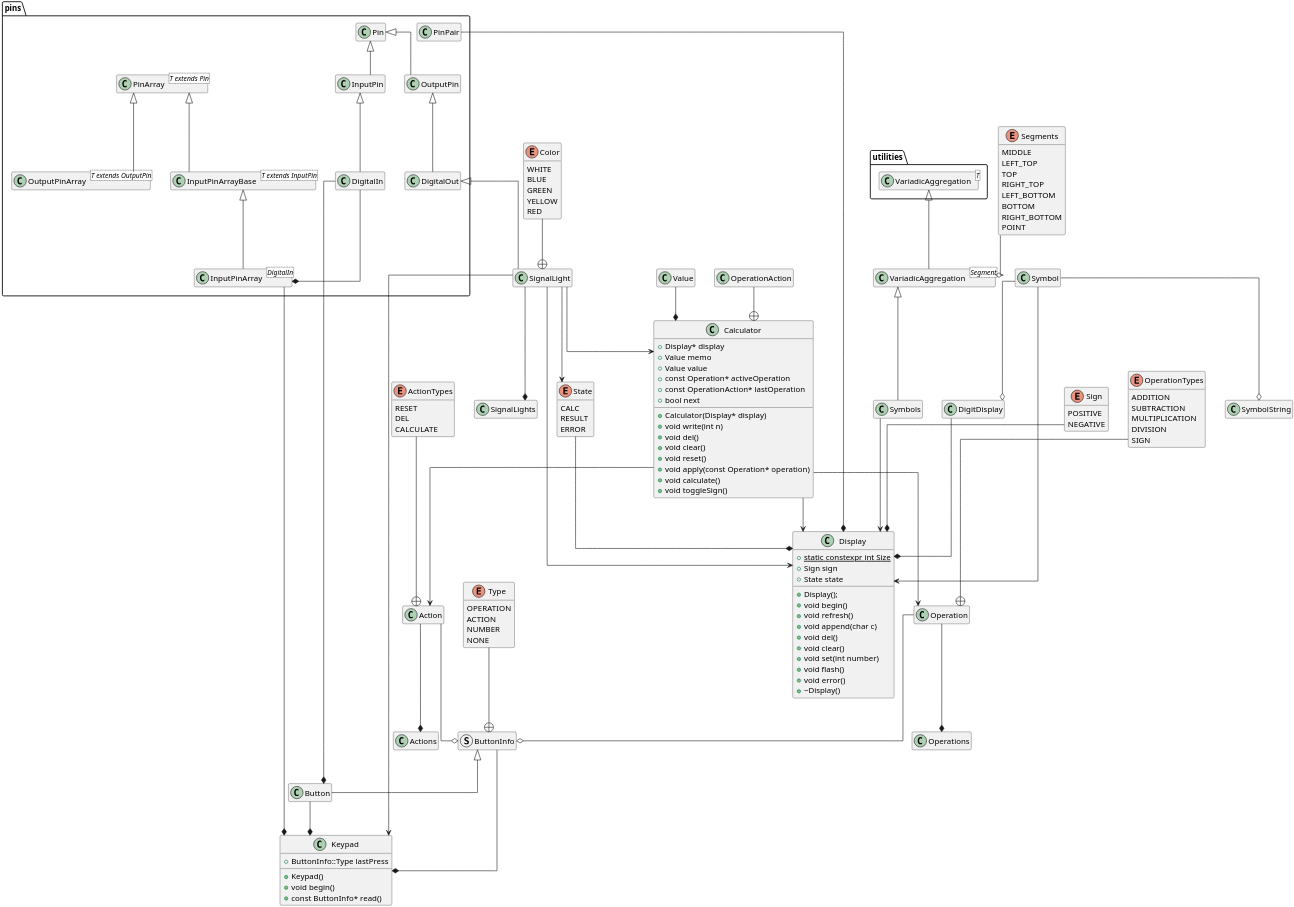
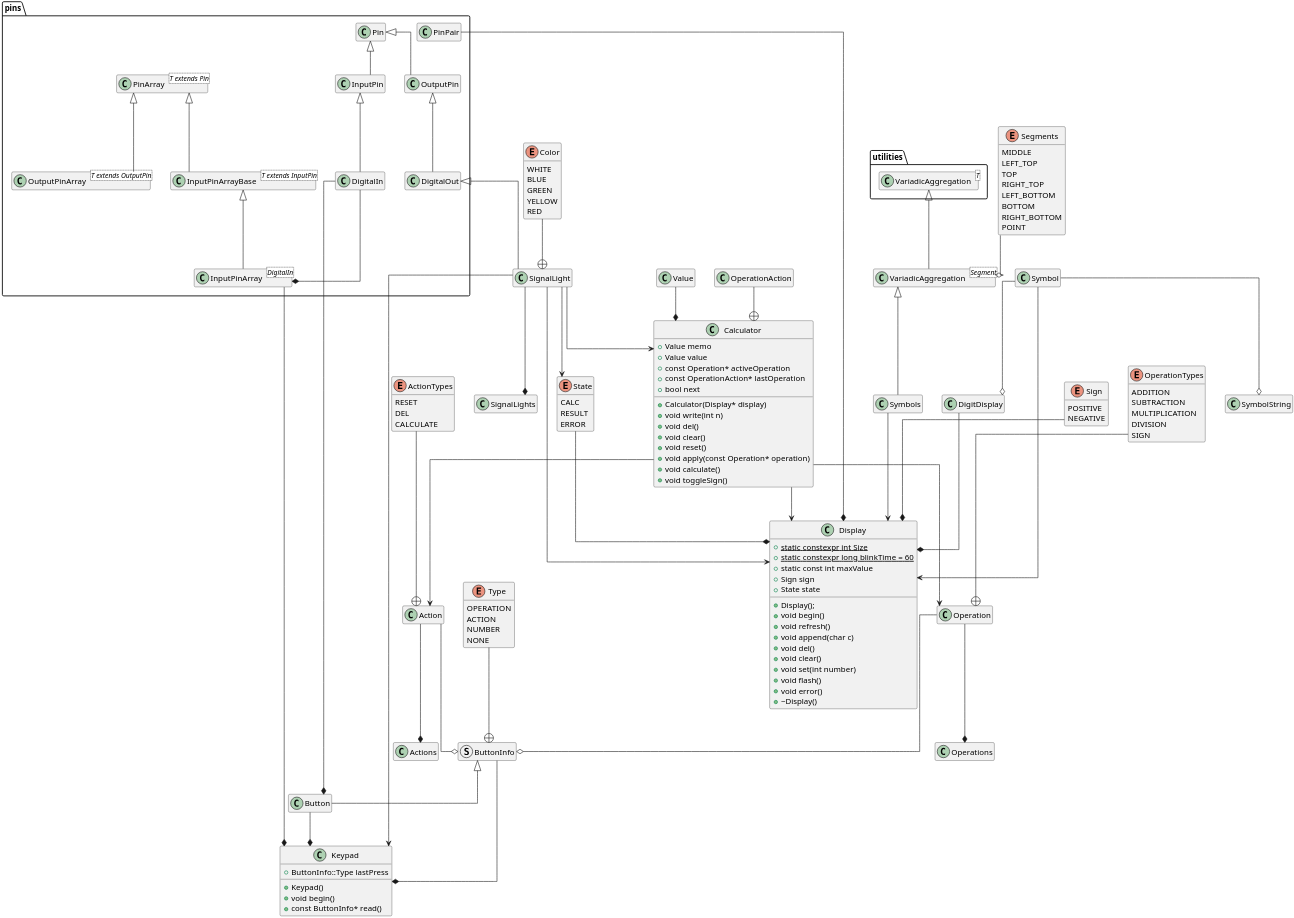
Before and after one commit to alex-touza/calculadora-arduino: the diagram in diagrams/class.puml, drawn with PlantUML.

Commit message:
Update diagram

```diff
--- a/diagrams/class.puml
+++ b/diagrams/class.puml
@@ -38,6 +38,8 @@
 
 class Display {
     + {static} static constexpr int Size
+    + {static} static constexpr long blinkTime = 60
+    + static const int maxValue
     + Display();
     + void begin()
     + void refresh()
@@ -105,7 +107,6 @@
 class Value
 
 class Calculator {
-    + Display* display
     + Value memo
     + Value value
     + const Operation* activeOperation
```
